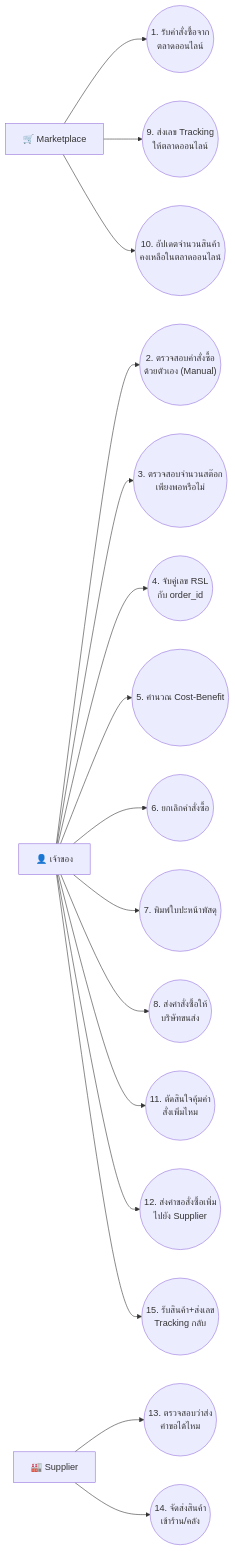
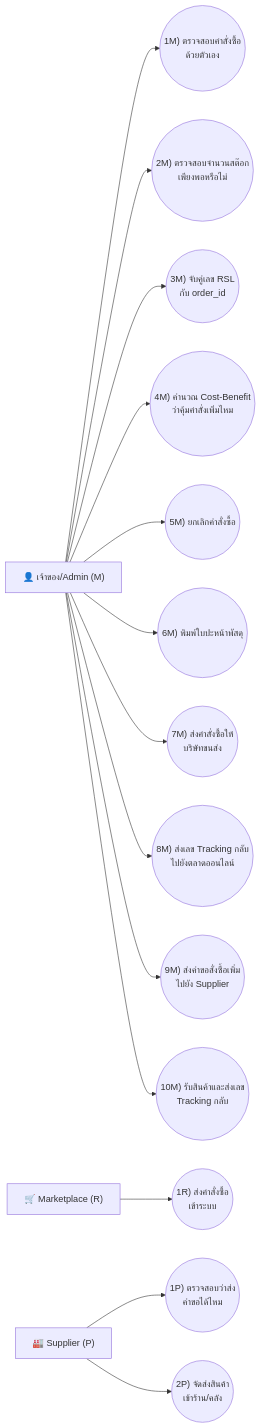
The first of 4 diagrams in 02-chapter2-business-process/00-how-to-fix-simple.md (xbpkdi/321-sa-proj), drawn with Mermaid before and after one commit. The commit also changed other lines of this file and 2 other files, not shown here.

First line of the commit message:
docs: redesign use case diagrams to follow sa-ref's actual example

````diff
--- a/02-chapter2-business-process/00-how-to-fix-simple.md
+++ b/02-chapter2-business-process/00-how-to-fix-simple.md
@@ -38,20 +46,19 @@
 ```mermaid
 graph LR
-  MP["🛒 Marketplace"] --> UC1(("1. รับคำสั่งซื้อจาก<br/>ตลาดออนไลน์"))
-  MP --> UC9(("9. ส่งเลข Tracking<br/>ให้ตลาดออนไลน์"))
-  MP --> UC10(("10. อัปเดตจำนวนสินค้า<br/>คงเหลือในตลาดออนไลน์"))
+  M["👤 เจ้าของ/Admin (M)"]
+  M --> M1(("1M) ตรวจสอบคำสั่งซื้อ<br/>ด้วยตัวเอง"))
+  M --> M2(("2M) ตรวจสอบจำนวนสต๊อก<br/>เพียงพอหรือไม่"))
+  M --> M3(("3M) จับคู่เลข RSL<br/>กับ order_id"))
+  M --> M4(("4M) คำนวณ Cost-Benefit<br/>ว่าคุ้มค่าสั่งเพิ่มไหม"))
+  M --> M5(("5M) ยกเลิกคำสั่งซื้อ"))
+  M --> M6(("6M) พิมพ์ใบปะหน้าพัสดุ"))
+  M --> M7(("7M) ส่งคำสั่งซื้อให้<br/>บริษัทขนส่ง"))
+  M --> M8(("8M) ส่งเลข Tracking กลับ<br/>ไปยังตลาดออนไลน์"))
+  M --> M9(("9M) ส่งคำขอสั่งซื้อเพิ่ม<br/>ไปยัง Supplier"))
+  M --> M10(("10M) รับสินค้าและส่งเลข<br/>Tracking กลับ"))
 
-  OW["👤 เจ้าของ"] --> UC2(("2. ตรวจสอบคำสั่งซื้อ<br/>ด้วยตัวเอง (Manual)"))
-  OW --> UC3(("3. ตรวจสอบจำนวนสต๊อก<br/>เพียงพอหรือไม่"))
-  OW --> UC4(("4. จับคู่เลข RSL<br/>กับ order_id"))
-  OW --> UC5(("5. คำนวณ Cost-Benefit"))
-  OW --> UC6(("6. ยกเลิกคำสั่งซื้อ"))
-  OW --> UC7(("7. พิมพ์ใบปะหน้าพัสดุ"))
-  OW --> UC8(("8. ส่งคำสั่งซื้อให้<br/>บริษัทขนส่ง"))
-  OW --> UC11(("11. ตัดสินใจคุ้มค่า<br/>สั่งเพิ่มไหม"))
-  OW --> UC12(("12. ส่งคำขอสั่งซื้อเพิ่ม<br/>ไปยัง Supplier"))
-  OW --> UC15(("15. รับสินค้า+ส่งเลข<br/>Tracking กลับ"))
+  R["🛒 Marketplace (R)"] --> R1(("1R) ส่งคำสั่งซื้อ<br/>เข้าระบบ"))
 
-  SUP["🏭 Supplier"] --> UC13(("13. ตรวจสอบว่าส่ง<br/>คำขอได้ไหม"))
-  SUP --> UC14(("14. จัดส่งสินค้า<br/>เข้าร้าน/คลัง"))
+  P["🏭 Supplier (P)"] --> P1(("1P) ตรวจสอบว่าส่ง<br/>คำขอได้ไหม"))
+  P --> P2(("2P) จัดส่งสินค้า<br/>เข้าร้าน/คลัง"))
 ```
````
